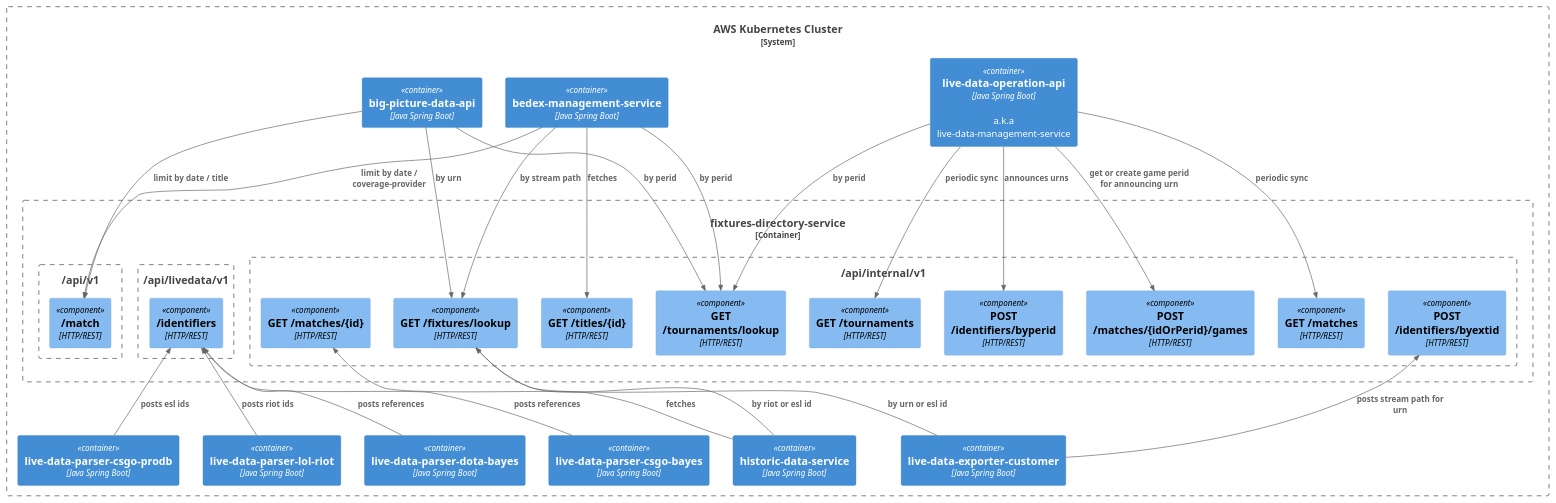
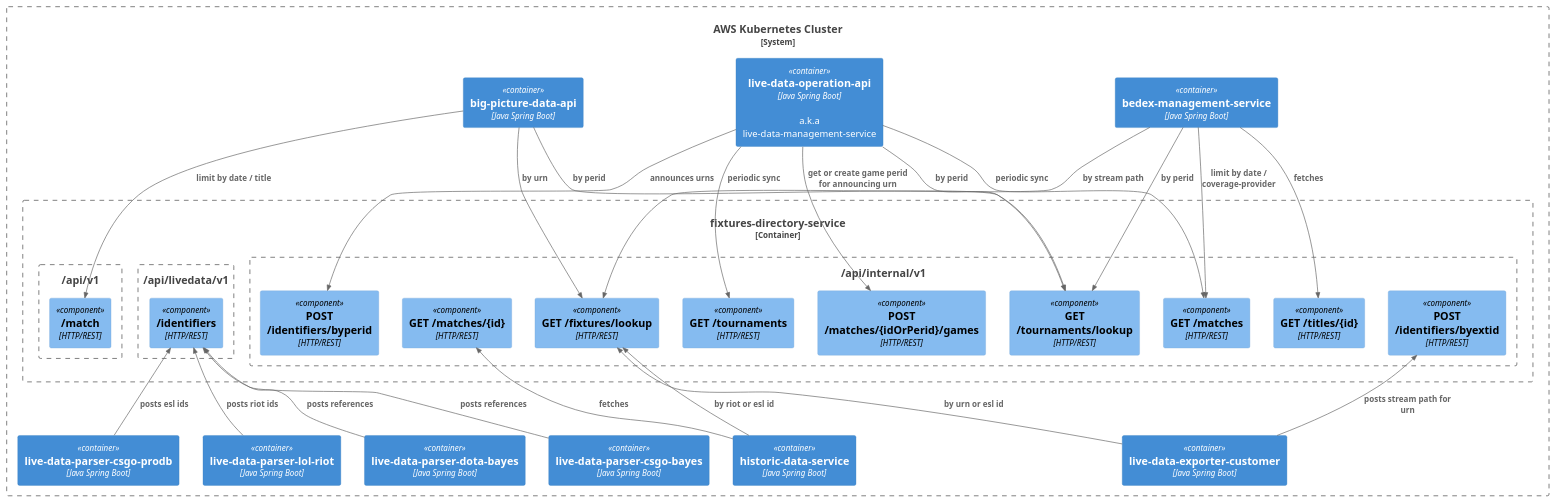
One commit to frederik-bayes/architecture changed the diagram in fixtures-directory-endpoints.puml. Above: the diagram before and after it, drawn with PlantUML. The commit also changed 1 other file, not shown here.

```diff
--- a/fixtures-directory-endpoints.puml
+++ b/fixtures-directory-endpoints.puml
@@ -1,59 +1,59 @@
 @startuml C4_Elements
 !include https://raw.githubusercontent.com/plantuml-stdlib/C4-PlantUML/master/C4_Container.puml
 !include https://raw.githubusercontent.com/plantuml-stdlib/C4-PlantUML/master/C4_Component.puml
 
 LAYOUT_TOP_DOWN()
 
 System_Boundary(aws, "AWS Kubernetes Cluster") {
     Container_Boundary(fds, "fixtures-directory-service") {        
         Boundary(ld_api, "/api/livedata/v1") {
             Component(fd_livedata_api_identifiers, "/identifiers", "HTTP/REST")
         }
         Boundary(internal_api, "/api/internal/v1") {
             Component(fd_internal_api_matches, "GET /matches", "HTTP/REST")
             Component(fd_internal_api_match_by_id, "GET /matches/{id}", "HTTP/REST")
             Component(fd_internal_api_tournaments, "GET /tournaments", "HTTP/REST")
             Component(fd_internal_api_id_byperid, "POST /identifiers/byperid", "HTTP/REST")
             Component(fd_internal_api_id_byextid, "POST /identifiers/byextid", "HTTP/REST")
             Component(fd_internal_api_tournaments_lu, "GET /tournaments/lookup", "HTTP/REST")
             Component(fd_internal_api_post_game, "POST /matches/{idOrPerid}/games", "HTTP/REST")
             Component(fd_internal_api_titles_by_id, "GET /titles/{id}", "HTTP/REST")
             Component(fd_internal_api_fixtures_lookup, "GET /fixtures/lookup", "HTTP/REST")
         }
         Boundary(public_api, "/api/v1") {
             Component(fd_public_api_match, "/match", "HTTP/REST")
         }        
     }
+    Container(bdx_mgmt_service, "bedex-management-service", "Java Spring Boot")
     Container(ldo_api, "live-data-operation-api", "Java Spring Boot", "a.k.a live-data-management-service")
     Container(ld_parser_csgo_prodb, "live-data-parser-csgo-prodb", "Java Spring Boot")
     Container(ld_parser_lol_riot, "live-data-parser-lol-riot", "Java Spring Boot")
     Container(ld_parser_dota_bayes, "live-data-parser-dota-bayes", "Java Spring Boot")
     Container(ld_parser_csgo_bayes, "live-data-parser-csgo-bayes", "Java Spring Boot")
     Container(ld_exporter_customer, "live-data-exporter-customer", "Java Spring Boot")
     Container(historic_data_service, "historic-data-service", "Java Spring Boot")
     Container(bp_api, "big-picture-data-api", "Java Spring Boot")
-    Container(bdx_mgmt_service, "bedex-management-service", "Java Spring Boot")
 
     Rel(ldo_api, fd_internal_api_matches, "periodic sync")
     Rel(ldo_api, fd_internal_api_tournaments, "periodic sync")
     Rel(ldo_api, fd_internal_api_id_byperid, "announces urns")
     Rel(ldo_api, fd_internal_api_tournaments_lu, "by perid")
     Rel(ldo_api, fd_internal_api_post_game, "get or create game perid for announcing urn")
     Rel(bdx_mgmt_service, fd_internal_api_fixtures_lookup, "by stream path")
     Rel(bdx_mgmt_service, fd_internal_api_tournaments_lu, "by perid")
     Rel(bdx_mgmt_service, fd_internal_api_titles_by_id, "fetches")
-    Rel(bdx_mgmt_service, fd_public_api_match, "limit by date / coverage-provider")
+    Rel(bdx_mgmt_service, fd_internal_api_matches, "limit by date / coverage-provider")
     Rel(bp_api, fd_internal_api_fixtures_lookup, "by urn")
     Rel(bp_api, fd_internal_api_tournaments_lu, "by perid")
     Rel(bp_api, fd_public_api_match, "limit by date / title")
     Rel_U(ld_parser_csgo_prodb, fd_livedata_api_identifiers, "posts esl ids")
     Rel_U(ld_parser_lol_riot, fd_livedata_api_identifiers, "posts riot ids")
     Rel_U(ld_parser_dota_bayes, fd_livedata_api_identifiers, "posts references")
     Rel_U(ld_parser_csgo_bayes, fd_livedata_api_identifiers, "posts references")
     Rel_U(ld_exporter_customer, fd_internal_api_id_byextid, "posts stream path for urn")
     Rel_U(ld_exporter_customer, fd_internal_api_fixtures_lookup, "by urn or esl id")
     Rel_U(historic_data_service, fd_internal_api_fixtures_lookup, "by riot or esl id")
     Rel_U(historic_data_service, fd_internal_api_match_by_id, "fetches")
 }
 
 @enduml
```
